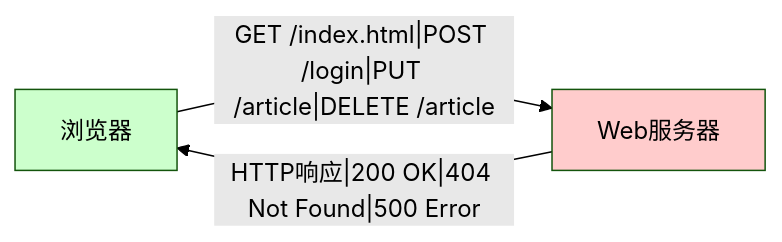
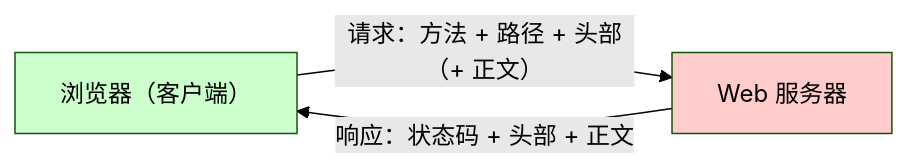
One commit to before80/prgms changed the first of 6 diagrams in content/linux/web_service/Chapter-39-Web-Server-Fundamentals.md. Above: the diagram before and after it, drawn with Mermaid (forest theme). The commit also changed other lines of this file and 1645 other files, not shown here.

````diff
--- a/content/linux/web_service/Chapter-39-Web-Server-Fundamentals.md
+++ b/content/linux/web_service/Chapter-39-Web-Server-Fundamentals.md
@@ -60,7 +76,7 @@
 ```mermaid
 graph LR
-    A["浏览器"] -->|"GET /index.html|POST /login|PUT /article|DELETE /article"| B["Web服务器"]
-    B -->|"HTTP响应|200 OK|404 Not Found|500 Error"| A
+    A["浏览器（客户端）"] -->|"请求：方法 + 路径 + 头部（+ 正文）"| B["Web 服务器"]
+    B -->|"响应：状态码 + 头部 + 正文"| A
     style A fill:#ccffcc
     style B fill:#ffcccc
 ```
````
